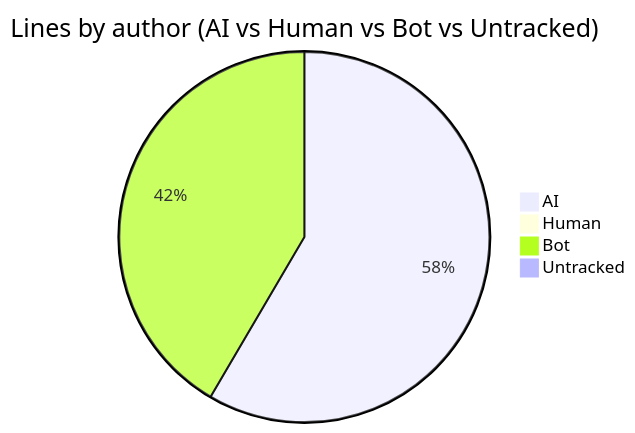
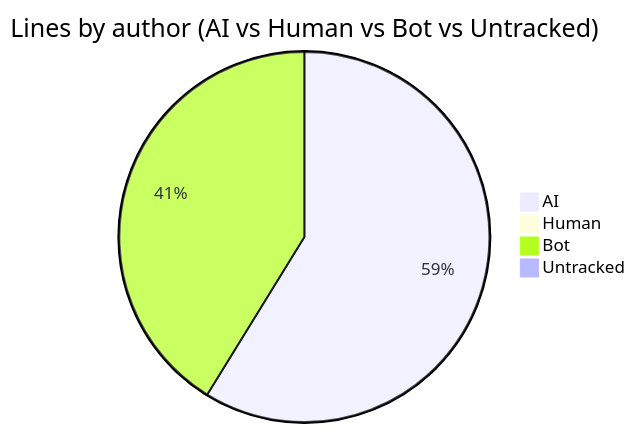
Before and after one commit to CaliMark/ai-authorship: the first of 2 diagrams in AI-AUTHORSHIP.md, drawn with Mermaid. The commit also changed other lines of this file and 1 other file, not shown here.

````diff
--- a/AI-AUTHORSHIP.md
+++ b/AI-AUTHORSHIP.md
@@ -20,7 +20,7 @@
 ```mermaid
 pie title Lines by author (AI vs Human vs Bot vs Untracked)
-    "AI" : 2383
+    "AI" : 2341
     "Human" : 0
-    "Bot" : 1694
+    "Bot" : 1641
     "Untracked" : 0
 ```
````
